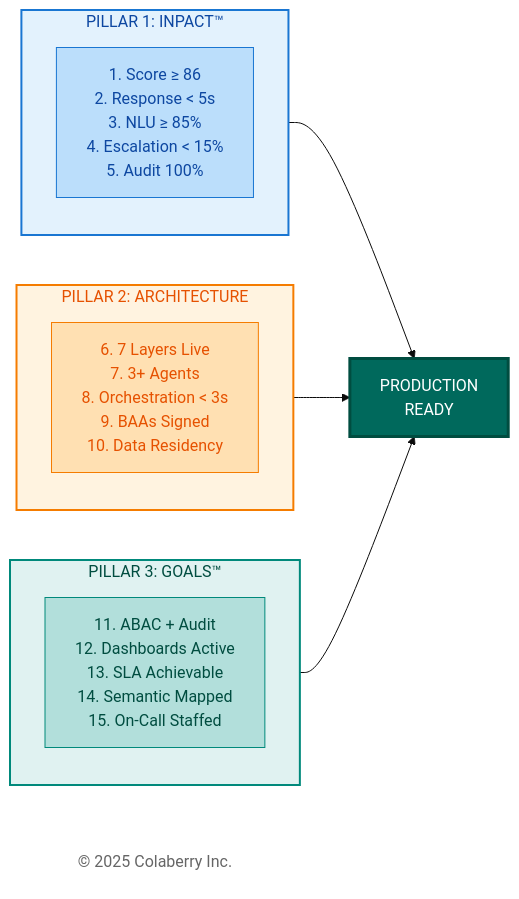
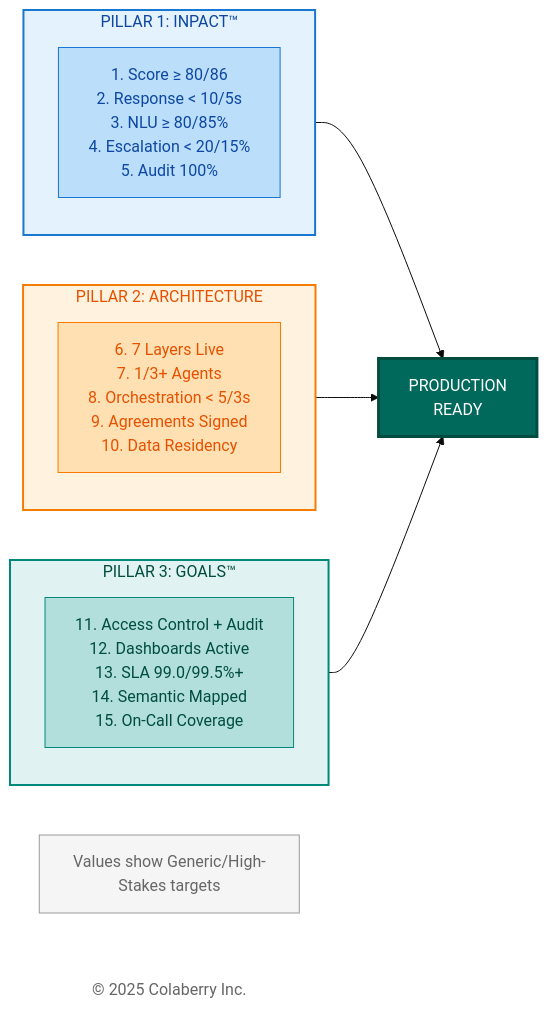
The second of 6 diagrams in manuscript/13_chapter_12_running_agents_at_scale.md (saitejesh-cyber/trust-before-intelligence-book), drawn with Mermaid (base theme) before and after one commit. The commit also changed other lines of this file and 3 other files, not shown here.

````diff
--- a/manuscript/13_chapter_12_running_agents_at_scale.md
+++ b/manuscript/13_chapter_12_running_agents_at_scale.md
@@ -98,33 +98,36 @@
 ```mermaid
 
 graph LR
     subgraph INPACT["PILLAR 1: INPACT™"]
-        I1["1. Score ≥ 86<br/>2. Response < 5s<br/>3. NLU ≥ 85%<br/>4. Escalation < 15%<br/>5. Audit 100%"]
+        I1["1. Score ≥ 80/86<br/>2. Response < 10/5s<br/>3. NLU ≥ 80/85%<br/>4. Escalation < 20/15%<br/>5. Audit 100%"]
     end
     
     subgraph ARCH["PILLAR 2: ARCHITECTURE"]
-        A1["6. 7 Layers Live<br/>7. 3+ Agents<br/>8. Orchestration < 3s<br/>9. BAAs Signed<br/>10. Data Residency"]
+        A1["6. 7 Layers Live<br/>7. 1/3+ Agents<br/>8. Orchestration < 5/3s<br/>9. Agreements Signed<br/>10. Data Residency"]
     end
     
     subgraph GOALS["PILLAR 3: GOALS™"]
-        G1["11. ABAC + Audit<br/>12. Dashboards Active<br/>13. SLA Achievable<br/>14. Semantic Mapped<br/>15. On-Call Staffed"]
+        G1["11. Access Control + Audit<br/>12. Dashboards Active<br/>13. SLA 99.0/99.5%+<br/>14. Semantic Mapped<br/>15. On-Call Coverage"]
     end
     
     READY["PRODUCTION<br/>READY"]
+    
+    Note["Values show Generic/High-Stakes targets"]
     
     Copyright["© 2025 Colaberry Inc."]
     
     INPACT --> READY
     ARCH --> READY
     GOALS --> READY
     
     style INPACT fill:#e3f2fd,stroke:#1976d2,stroke-width:2px,color:#0d47a1
     style ARCH fill:#fff3e0,stroke:#f57c00,stroke-width:2px,color:#e65100
     style GOALS fill:#e0f2f1,stroke:#00897b,stroke-width:2px,color:#004d40
     style I1 fill:#bbdefb,stroke:#1976d2,color:#0d47a1
     style A1 fill:#ffe0b2,stroke:#f57c00,color:#e65100
     style G1 fill:#b2dfdb,stroke:#00897b,color:#004d40
     style READY fill:#00695c,color:#ffffff,stroke:#004d40,stroke-width:3px
+    style Note fill:#f5f5f5,stroke:#999999,color:#666666
     style Copyright fill:#ffffff,stroke:none,color:#666666
 
 ```
````
